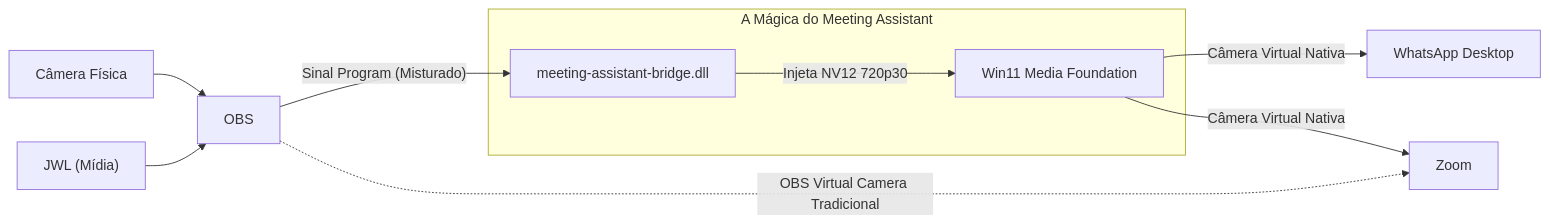
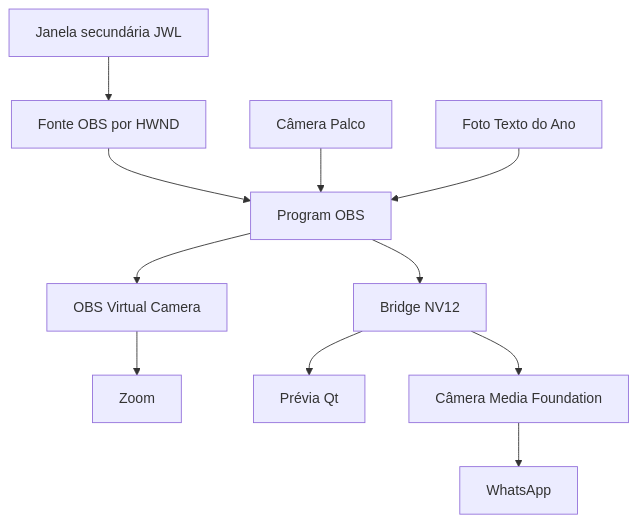
Before and after one commit to eduardoveiga-py/meeting-assistant: the diagram in docs/master-architecture-flow.md, drawn with Mermaid. The commit also changed other lines of this file and 11 other files, not shown here.

Commit message:
docs: registra incidentes e aceite da captura JWL por HWND

````diff
--- a/docs/master-architecture-flow.md
+++ b/docs/master-architecture-flow.md
@@ -112,18 +36,13 @@
 ```mermaid
-flowchart LR
-    Cam["Câmera Física"] --> OBS
-    JWL["JWL (Mídia)"] --> OBS
-    OBS -- "Sinal Program (Misturado)" --> Bridge
-    
-    subgraph A Mágica do Meeting Assistant
-        Bridge["meeting-assistant-bridge.dll"]
-        Win11["Win11 Media Foundation"]
-        Bridge -- "Injeta NV12 720p30" --> Win11
-    end
-    
-    Win11 -- "Câmera Virtual Nativa" --> WhatsApp["WhatsApp Desktop"]
-    Win11 -- "Câmera Virtual Nativa" --> Zoom["Zoom"]
-    
-    %% Fallback
-    OBS -. "OBS Virtual Camera Tradicional" .-> Zoom
+flowchart TD
+    JWL["Janela secundária JWL"] --> WGC["Fonte OBS por HWND"]
+    WGC --> OBS["Program OBS"]
+    PALCO["Câmera Palco"] --> OBS
+    FOTO["Foto Texto do Ano"] --> OBS
+    OBS --> OCAM["OBS Virtual Camera"]
+    OCAM --> ZOOM["Zoom"]
+    OBS --> BRIDGE["Bridge NV12"]
+    BRIDGE --> PREVIEW["Prévia Qt"]
+    BRIDGE --> MF["Câmera Media Foundation"]
+    MF --> WA["WhatsApp"]
 ```
````
